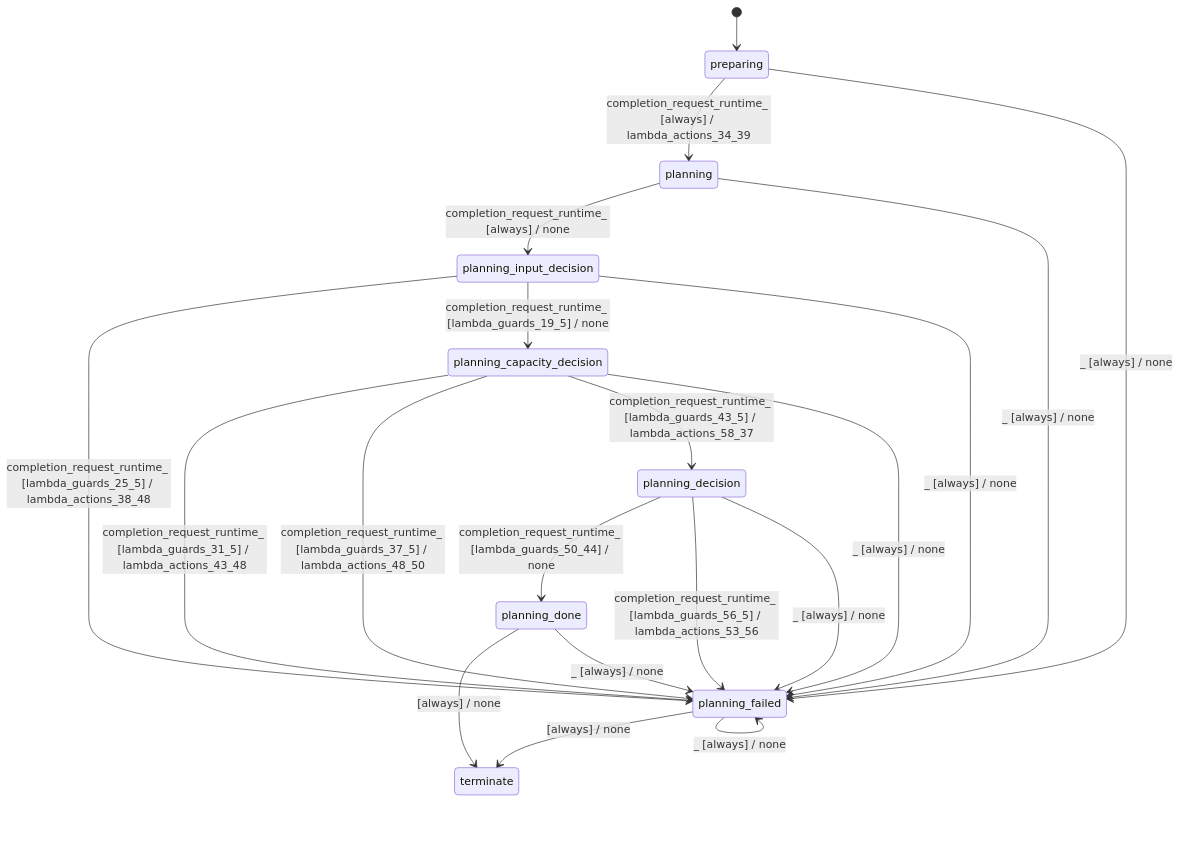
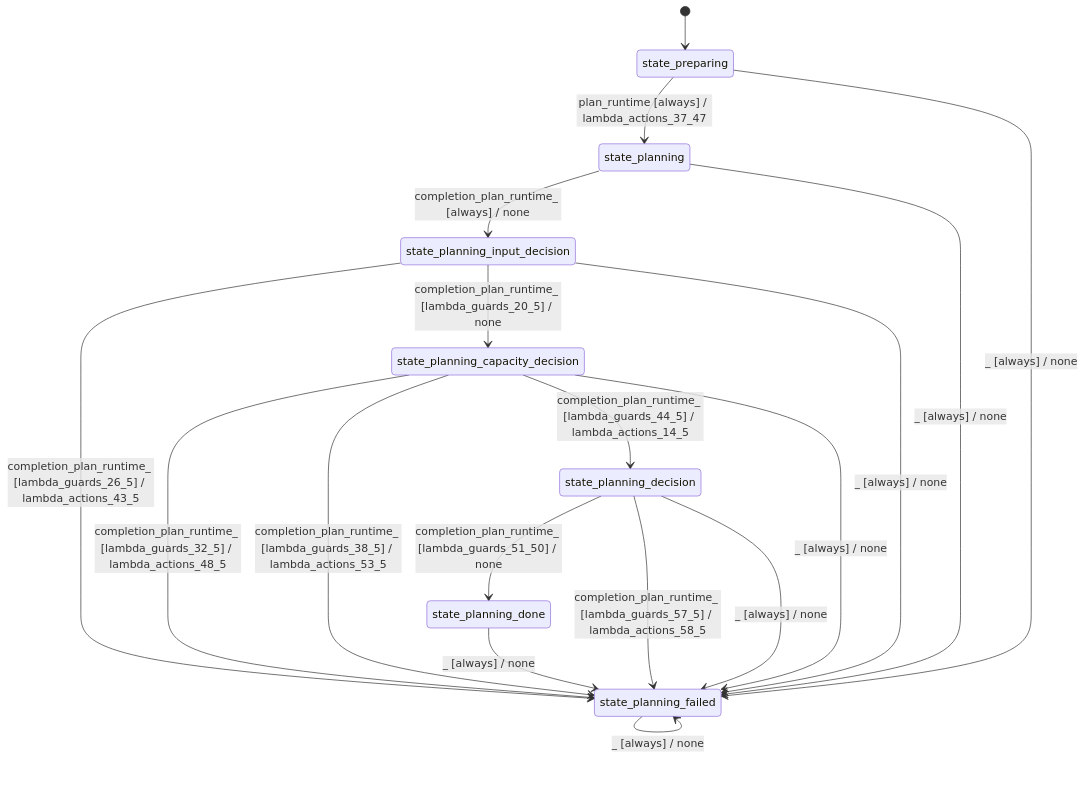
Before and after one commit to stateforward/emel.cpp: the diagram in docs/architecture/batch_planner_modes_simple.md, drawn with Mermaid. The commit also changed other lines of this file and 74 other files, not shown here.

````diff
--- a/docs/architecture/batch_planner_modes_simple.md
+++ b/docs/architecture/batch_planner_modes_simple.md
@@ -7,23 +7,21 @@
 ```mermaid
 stateDiagram-v2
   direction TB
-  [*] --> preparing
-  preparing --> planning : completion_request_runtime_ [always] / lambda_actions_34_39
-  planning --> planning_input_decision : completion_request_runtime_ [always] / none
-  planning_input_decision --> planning_failed : completion_request_runtime_ [lambda_guards_25_5] / lambda_actions_38_48
-  planning_input_decision --> planning_capacity_decision : completion_request_runtime_ [lambda_guards_19_5] / none
-  planning_capacity_decision --> planning_failed : completion_request_runtime_ [lambda_guards_31_5] / lambda_actions_43_48
-  planning_capacity_decision --> planning_failed : completion_request_runtime_ [lambda_guards_37_5] / lambda_actions_48_50
-  planning_capacity_decision --> planning_decision : completion_request_runtime_ [lambda_guards_43_5] / lambda_actions_58_37
-  planning_decision --> planning_done : completion_request_runtime_ [lambda_guards_50_44] / none
-  planning_decision --> planning_failed : completion_request_runtime_ [lambda_guards_56_5] / lambda_actions_53_56
-  planning_done --> terminate : [always] / none
-  planning_failed --> terminate : [always] / none
-  planning_done --> planning_failed : _ [always] / none
-  planning_failed --> planning_failed : _ [always] / none
-  preparing --> planning_failed : _ [always] / none
-  planning --> planning_failed : _ [always] / none
-  planning_input_decision --> planning_failed : _ [always] / none
-  planning_capacity_decision --> planning_failed : _ [always] / none
-  planning_decision --> planning_failed : _ [always] / none
+  [*] --> state_preparing
+  state_preparing --> state_planning : plan_runtime [always] / lambda_actions_37_47
+  state_planning --> state_planning_input_decision : completion_plan_runtime_ [always] / none
+  state_planning_input_decision --> state_planning_failed : completion_plan_runtime_ [lambda_guards_26_5] / lambda_actions_43_5
+  state_planning_input_decision --> state_planning_capacity_decision : completion_plan_runtime_ [lambda_guards_20_5] / none
+  state_planning_capacity_decision --> state_planning_failed : completion_plan_runtime_ [lambda_guards_32_5] / lambda_actions_48_5
+  state_planning_capacity_decision --> state_planning_failed : completion_plan_runtime_ [lambda_guards_38_5] / lambda_actions_53_5
+  state_planning_capacity_decision --> state_planning_decision : completion_plan_runtime_ [lambda_guards_44_5] / lambda_actions_14_5
+  state_planning_decision --> state_planning_done : completion_plan_runtime_ [lambda_guards_51_50] / none
+  state_planning_decision --> state_planning_failed : completion_plan_runtime_ [lambda_guards_57_5] / lambda_actions_58_5
+  state_planning_done --> state_planning_failed : _ [always] / none
+  state_planning_failed --> state_planning_failed : _ [always] / none
+  state_preparing --> state_planning_failed : _ [always] / none
+  state_planning --> state_planning_failed : _ [always] / none
+  state_planning_input_decision --> state_planning_failed : _ [always] / none
+  state_planning_capacity_decision --> state_planning_failed : _ [always] / none
+  state_planning_decision --> state_planning_failed : _ [always] / none
 ```
````
